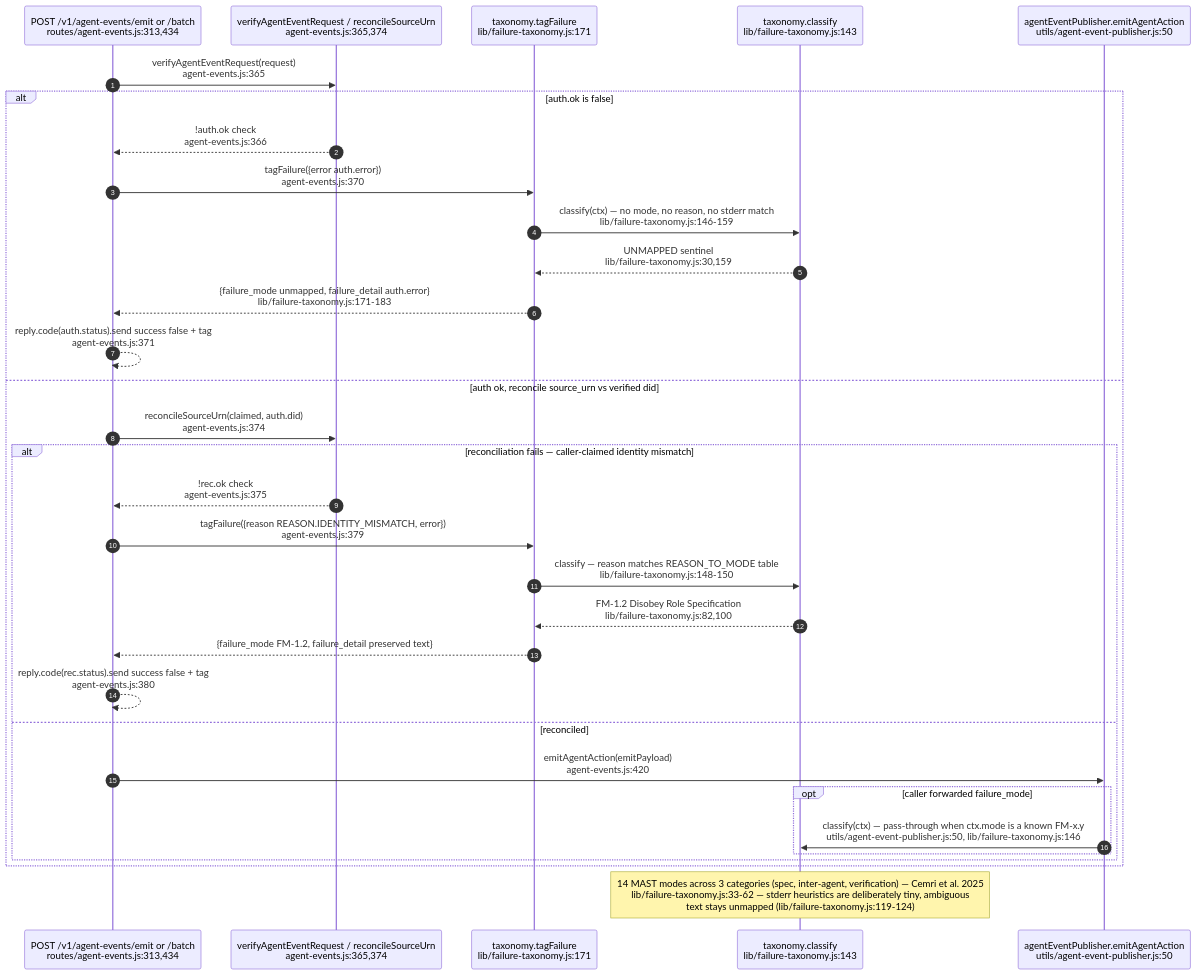
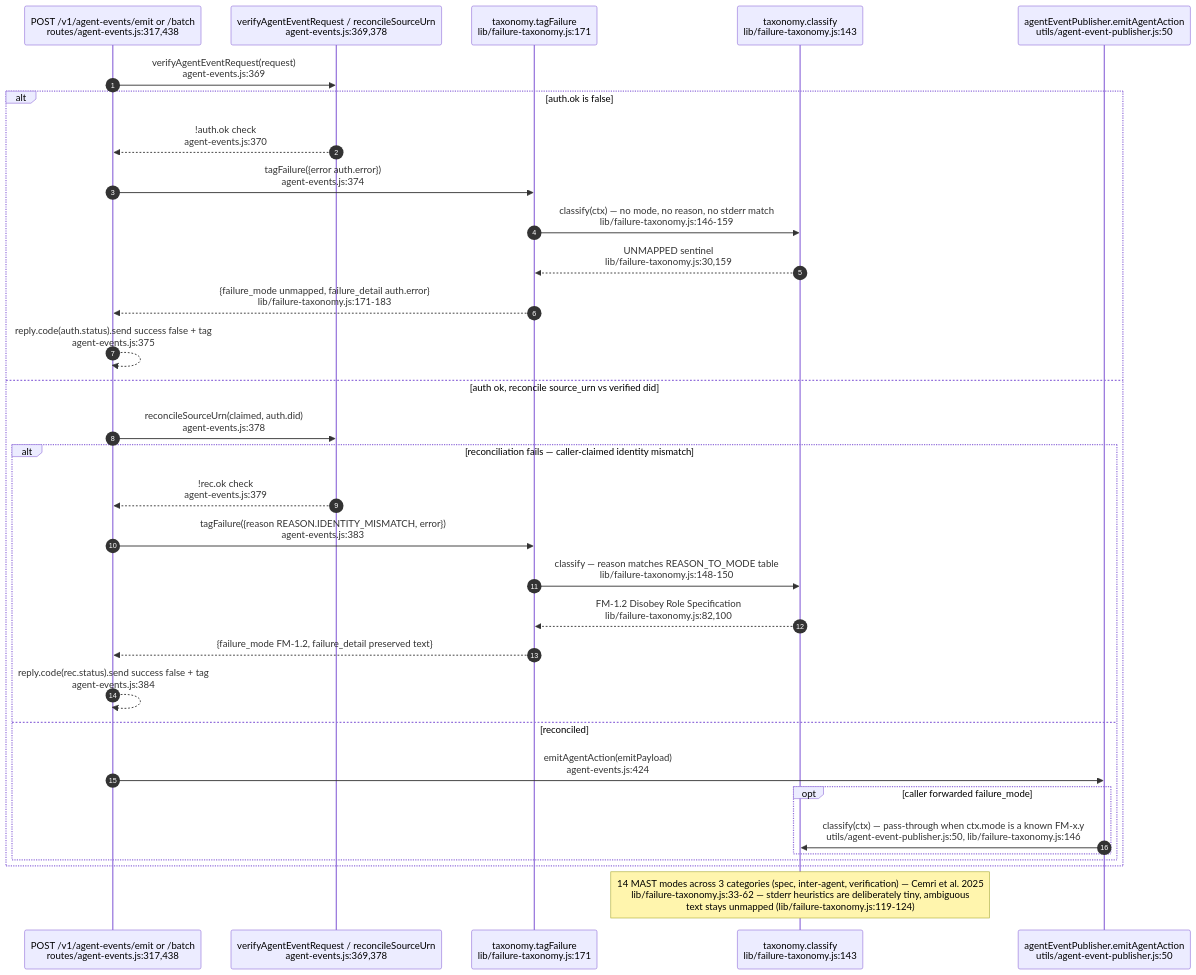
Diagram 13 of 17 in docs/diagrams/agentbox/03-management-api-request-lifecycle.md (DreamLab-AI/VisionFlow), drawn with Mermaid before and after one commit. The commit also changed other lines of this file and 17 other files, not shown here.

````diff
--- a/docs/diagrams/agentbox/03-management-api-request-lifecycle.md
+++ b/docs/diagrams/agentbox/03-management-api-request-lifecycle.md
@@ -495,35 +496,35 @@
 ```mermaid
 sequenceDiagram
     autonumber
-    participant R as POST /v1/agent-events/emit or /batch<br/>routes/agent-events.js:313,434
-    participant V as verifyAgentEventRequest / reconcileSourceUrn<br/>agent-events.js:365,374
+    participant R as POST /v1/agent-events/emit or /batch<br/>routes/agent-events.js:317,438
+    participant V as verifyAgentEventRequest / reconcileSourceUrn<br/>agent-events.js:369,378
     participant T as taxonomy.tagFailure<br/>lib/failure-taxonomy.js:171
     participant C as taxonomy.classify<br/>lib/failure-taxonomy.js:143
     participant Pub as agentEventPublisher.emitAgentAction<br/>utils/agent-event-publisher.js:50
 
-    R->>V: verifyAgentEventRequest(request)<br/>agent-events.js:365
+    R->>V: verifyAgentEventRequest(request)<br/>agent-events.js:369
     alt auth.ok is false
-        V-->>R: !auth.ok check<br/>agent-events.js:366
-        R->>T: tagFailure({error auth.error})<br/>agent-events.js:370
+        V-->>R: !auth.ok check<br/>agent-events.js:370
+        R->>T: tagFailure({error auth.error})<br/>agent-events.js:374
         T->>C: classify(ctx) — no mode, no reason, no stderr match<br/>lib/failure-taxonomy.js:146-159
         C-->>T: UNMAPPED sentinel<br/>lib/failure-taxonomy.js:30,159
         T-->>R: {failure_mode unmapped, failure_detail auth.error}<br/>lib/failure-taxonomy.js:171-183
-        R-->>R: reply.code(auth.status).send success false + tag<br/>agent-events.js:371
+        R-->>R: reply.code(auth.status).send success false + tag<br/>agent-events.js:375
     else auth ok, reconcile source_urn vs verified did
-        R->>V: reconcileSourceUrn(claimed, auth.did)<br/>agent-events.js:374
+        R->>V: reconcileSourceUrn(claimed, auth.did)<br/>agent-events.js:378
         alt reconciliation fails — caller-claimed identity mismatch
-            V-->>R: !rec.ok check<br/>agent-events.js:375
-            R->>T: tagFailure({reason REASON.IDENTITY_MISMATCH, error})<br/>agent-events.js:379
+            V-->>R: !rec.ok check<br/>agent-events.js:379
+            R->>T: tagFailure({reason REASON.IDENTITY_MISMATCH, error})<br/>agent-events.js:383
             T->>C: classify — reason matches REASON_TO_MODE table<br/>lib/failure-taxonomy.js:148-150
             C-->>T: FM-1.2 Disobey Role Specification<br/>lib/failure-taxonomy.js:82,100
             T-->>R: {failure_mode FM-1.2, failure_detail preserved text}
-            R-->>R: reply.code(rec.status).send success false + tag<br/>agent-events.js:380
+            R-->>R: reply.code(rec.status).send success false + tag<br/>agent-events.js:384
         else reconciled
-            R->>Pub: emitAgentAction(emitPayload)<br/>agent-events.js:420
+            R->>Pub: emitAgentAction(emitPayload)<br/>agent-events.js:424
             opt caller forwarded failure_mode
                 Pub->>C: classify(ctx) — pass-through when ctx.mode is a known FM-x.y<br/>utils/agent-event-publisher.js:50, lib/failure-taxonomy.js:146
             end
         end
     end
     Note over C: 14 MAST modes across 3 categories (spec, inter-agent, verification) — Cemri et al. 2025<br/>lib/failure-taxonomy.js:33-62 — stderr heuristics are deliberately tiny, ambiguous<br/>text stays unmapped (lib/failure-taxonomy.js:119-124)
 ```
````
